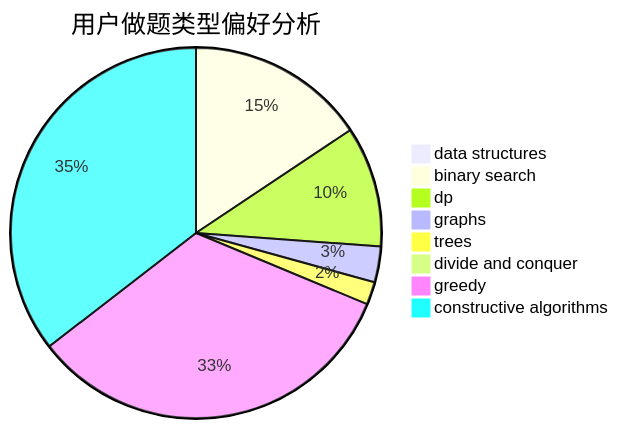
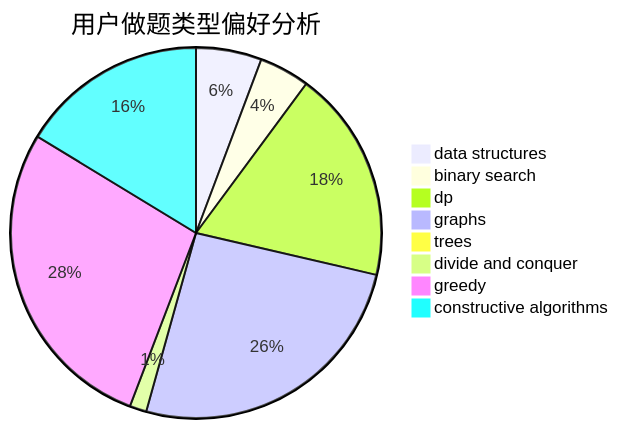
Before and after one commit to sherpahu/cfrs.github.io: the second of 3 diagrams in docs/user/u1019.md, drawn with Mermaid. The commit also changed other lines of this file and 2770 other files, not shown here.

````diff
--- a/docs/user/u1019.md
+++ b/docs/user/u1019.md
@@ -23,11 +23,11 @@
 ```mermaid
 pie title 用户做题类型偏好分析
-    "data structures" :  13
-    "binary search" :  205
-    "dp" :  138
-    "graphs" :  41
-    "trees" :  26
-    "divide and conquer" :  0
-    "greedy" :  436
-    "constructive algorithms" :  465
+    "data structures" :  39
+    "binary search" :  30
+    "dp" :  126
+    "graphs" :  175
+    "trees" :  5
+    "divide and conquer" :  10
+    "greedy" :  190
+    "constructive algorithms" :  111
 ```
````
